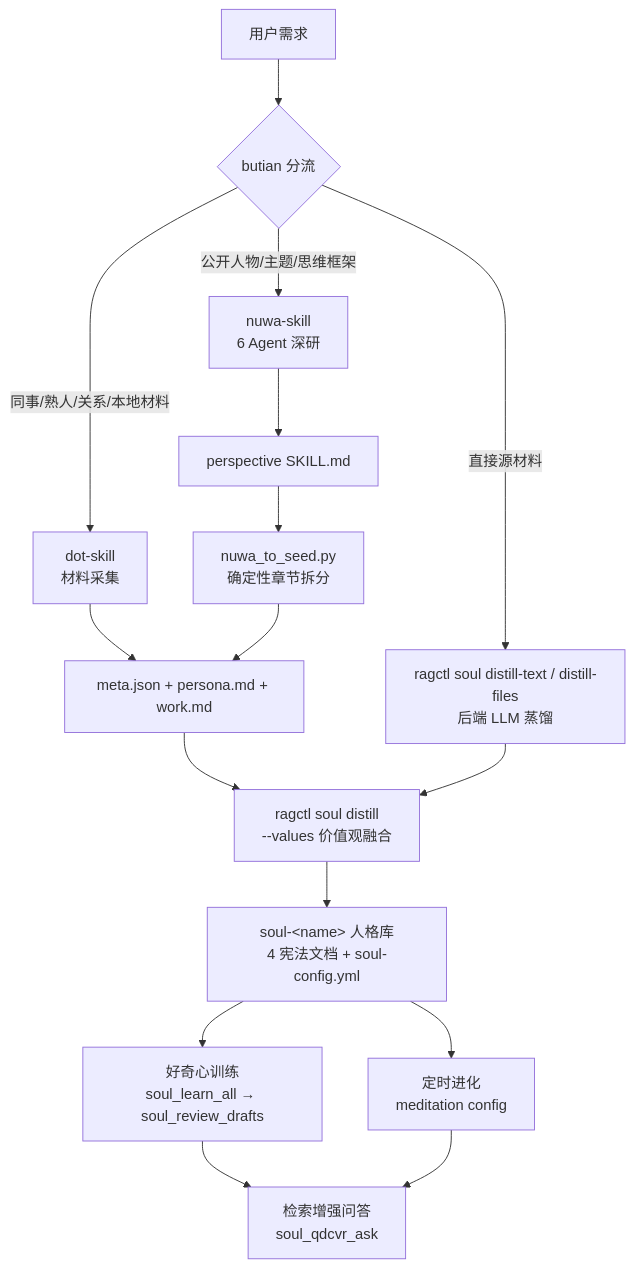
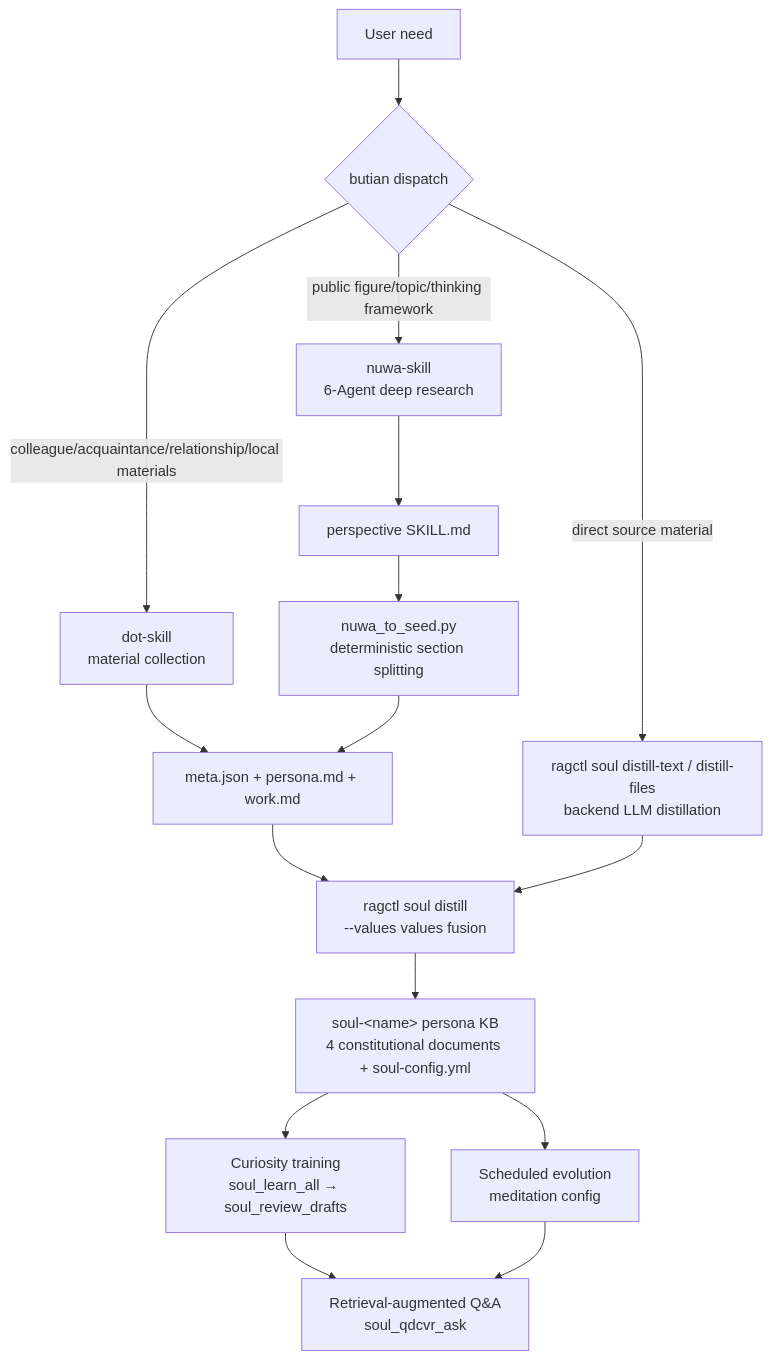
The diagram in .claude/skills/butian/references/butian-architecture.md (kingdol666/rag-knowledge), drawn with Mermaid before and after one commit. The commit also changed other lines of this file and 575 other files, not shown here.

````diff
--- a/.claude/skills/butian/references/butian-architecture.md
+++ b/.claude/skills/butian/references/butian-architecture.md
@@ -32,18 +33,18 @@
 ```mermaid
 flowchart TD
-    R[用户需求] --> B{butian 分流}
-    B -->|公开人物/主题/思维框架| N[nuwa-skill<br/>6 Agent 深研]
-    B -->|同事/熟人/关系/本地材料| D[dot-skill<br/>材料采集]
-    B -->|直接源材料| T[ragctl soul distill-text / distill-files<br/>后端 LLM 蒸馏]
+    R[User need] --> B{butian dispatch}
+    B -->|public figure/topic/thinking framework| N[nuwa-skill<br/>6-Agent deep research]
+    B -->|colleague/acquaintance/relationship/local materials| D[dot-skill<br/>material collection]
+    B -->|direct source material| T[ragctl soul distill-text / distill-files<br/>backend LLM distillation]
     N --> SK[perspective SKILL.md]
-    SK --> C[nuwa_to_seed.py<br/>确定性章节拆分]
+    SK --> C[nuwa_to_seed.py<br/>deterministic section splitting]
     D --> SD[meta.json + persona.md + work.md]
     C --> SD
-    SD --> RG[ragctl soul distill<br/>--values 价值观融合]
+    SD --> RG[ragctl soul distill<br/>--values values fusion]
     T --> RG
-    RG --> SOUL[soul-&lt;name&gt; 人格库<br/>4 宪法文档 + soul-config.yml]
-    SOUL --> TR[好奇心训练<br/>soul_learn_all → soul_review_drafts]
-    SOUL --> SCH[定时进化<br/>meditation config]
-    TR --> QA[检索增强问答<br/>soul_qdcvr_ask]
+    RG --> SOUL[soul-&lt;name&gt; persona KB<br/>4 constitutional documents + soul-config.yml]
+    SOUL --> TR[Curiosity training<br/>soul_learn_all → soul_review_drafts]
+    SOUL --> SCH[Scheduled evolution<br/>meditation config]
+    TR --> QA[Retrieval-augmented Q&A<br/>soul_qdcvr_ask]
     SCH --> QA
 ```
````
